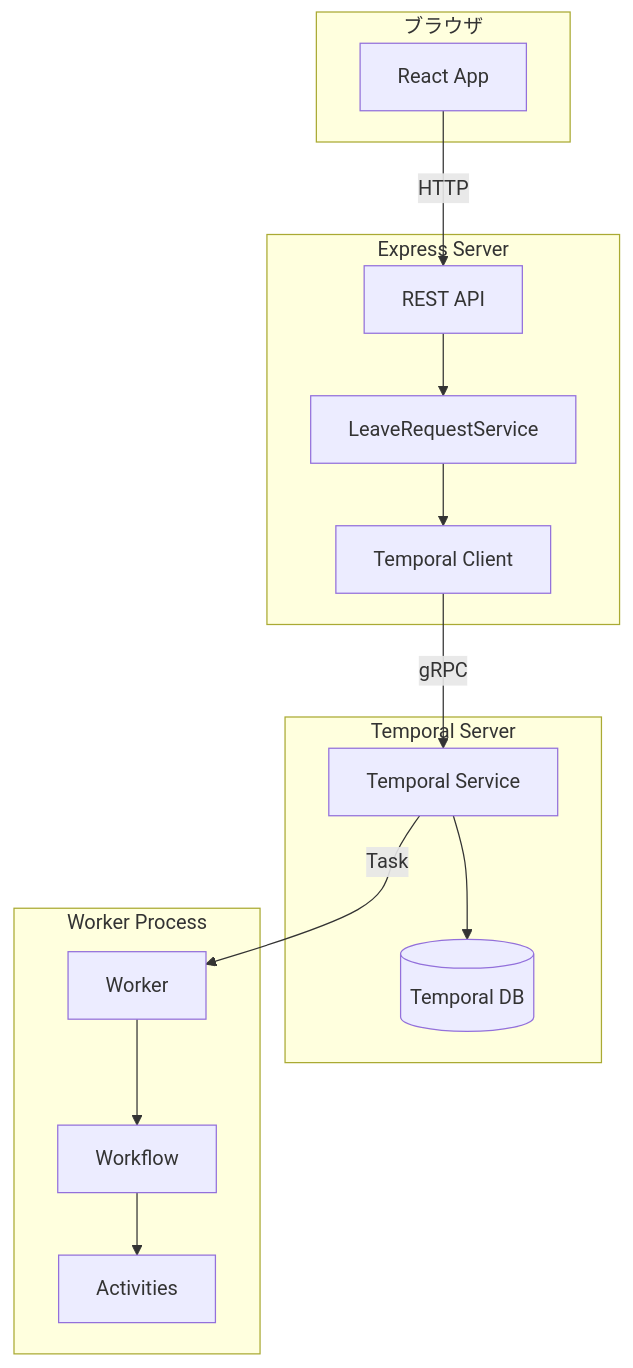
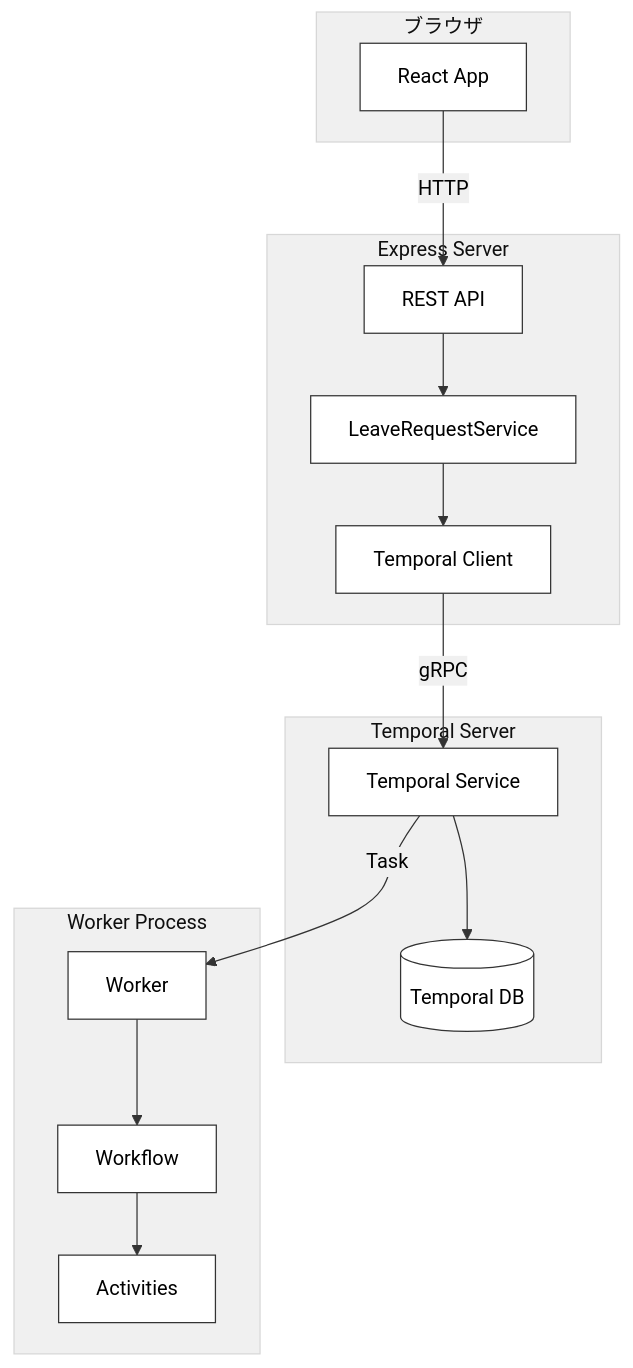
Before and after one commit to tokiwa-org/temporal: the first of 4 diagrams in docs/temporal.md, drawn with Mermaid. The commit also changed other lines of this file, not shown here.

First line of the commit message:
Mermaid図に白背景・黒文字・境界線を設定

````diff
--- a/docs/temporal.md
+++ b/docs/temporal.md
@@ -55,32 +55,33 @@
 ```mermaid
+%%{init: {'theme': 'base', 'themeVariables': {'primaryColor': '#ffffff', 'primaryTextColor': '#000000', 'primaryBorderColor': '#333333', 'lineColor': '#333333', 'secondaryColor': '#f0f0f0', 'tertiaryColor': '#f0f0f0', 'noteBkgColor': '#ffffff', 'noteTextColor': '#000000'}}}%%
 flowchart TB
     subgraph Browser["ブラウザ"]
         UI[React App]
     end
 
     subgraph Server["Express Server"]
         API[REST API]
         SVC[LeaveRequestService]
         CLI[Temporal Client]
     end
 
     subgraph Temporal["Temporal Server"]
         TS[Temporal Service]
         DB[(Temporal DB)]
     end
 
     subgraph Worker["Worker Process"]
         WK[Worker]
         WF[Workflow]
         ACT[Activities]
     end
 
     UI -->|HTTP| API
     API --> SVC
     SVC --> CLI
     CLI -->|gRPC| TS
     TS --> DB
     TS -->|Task| WK
     WK --> WF
     WF --> ACT
 ```
````
